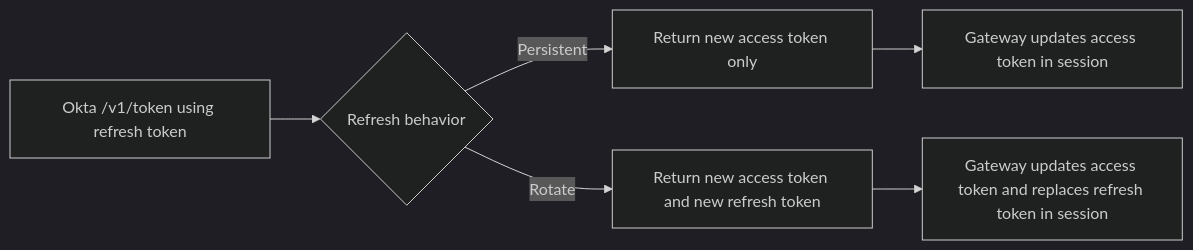
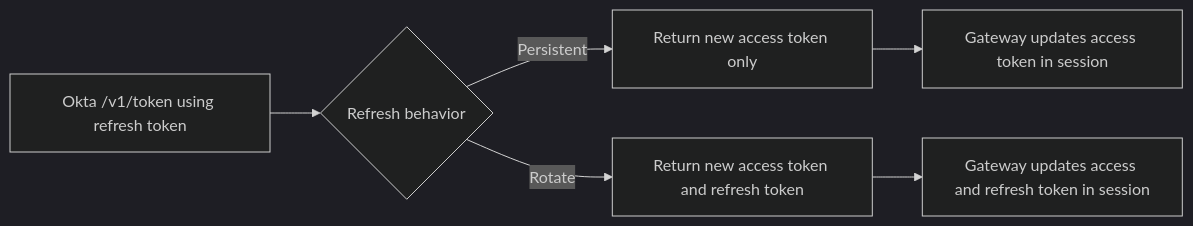
Before and after one commit to FredX123/sso-demo: the sixth of 7 diagrams in backend/docs/refresh-token/okta_token_refresh_flows.md, drawn with Mermaid (dark theme). The commit also changed other lines of this file and 3 other files, not shown here.

````diff
--- a/backend/docs/refresh-token/okta_token_refresh_flows.md
+++ b/backend/docs/refresh-token/okta_token_refresh_flows.md
@@ -104,8 +120,8 @@
 ```mermaid
 flowchart LR
   A[Okta /v1/token using refresh token] --> B{Refresh behavior}
   B -- Persistent --> C[Return new access token only]
-  B -- Rotate --> D[Return new access token and new refresh token]
+  B -- Rotate --> D[Return new access token and refresh token]
   C --> E[Gateway updates access token in session]
-  D --> F[Gateway updates access token and replaces refresh token in session]
+  D --> F[Gateway updates access and refresh token in session]
 ```
````
